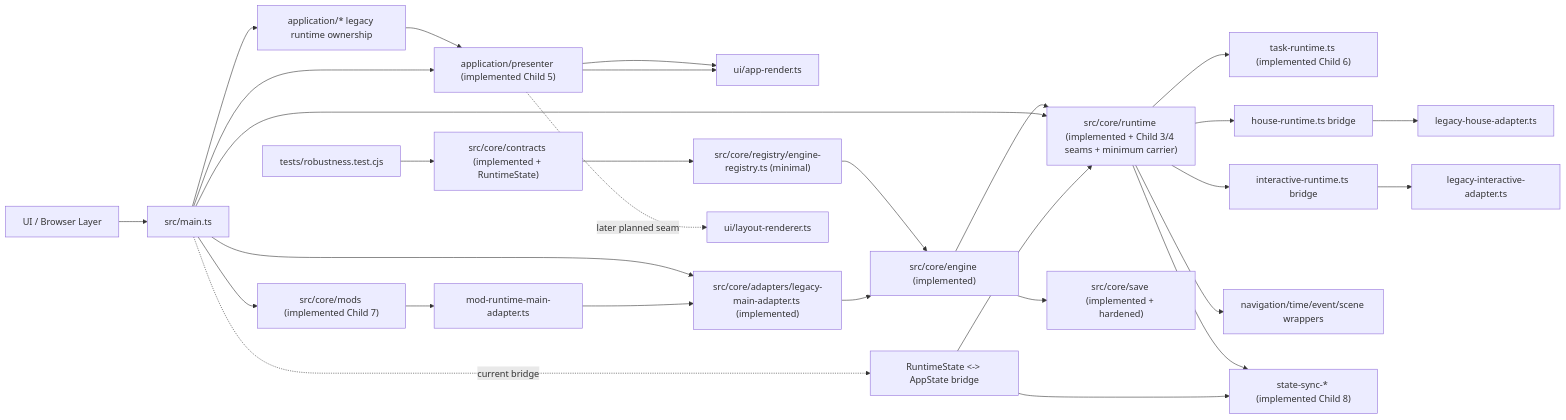
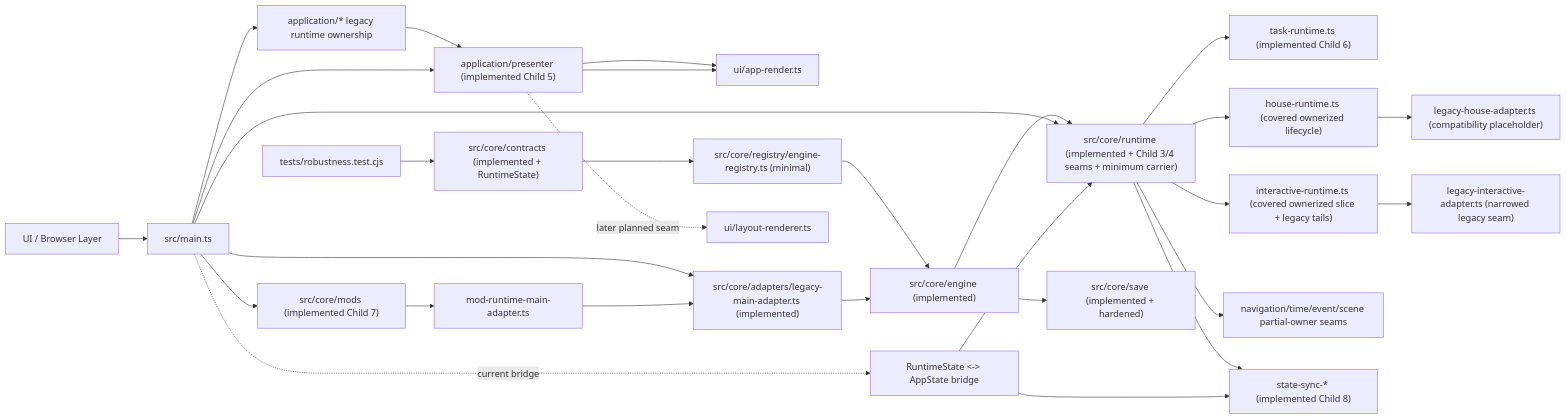
Before and after one commit to MA141277/RPG_TG: the first of 9 diagrams in docs/superpowers/weekly/2026-06-29-weekly-architecture-report.md, drawn with Mermaid. The commit also changed other lines of this file and 12 other files, not shown here.

````diff
--- a/docs/superpowers/weekly/2026-06-29-weekly-architecture-report.md
+++ b/docs/superpowers/weekly/2026-06-29-weekly-architecture-report.md
@@ -27,31 +53,31 @@
 ```mermaid
 flowchart LR
     UI["UI / Browser Layer"] --> MAIN["src/main.ts"]
     MAIN --> APP["application/* legacy runtime ownership"]
     APP --> PRESENTER["application/presenter (implemented Child 5)"]
     PRESENTER --> UIR["ui/app-render.ts"]
     MAIN -. current bridge .-> RSBRIDGE["RuntimeState <-> AppState bridge"]
     COREC["src/core/contracts (implemented + RuntimeState)"] --> CORER["src/core/registry/engine-registry.ts (minimal)"]
     CORER --> COREE["src/core/engine (implemented)"]
     COREE --> CORERT["src/core/runtime (implemented + Child 3/4 seams + minimum carrier)"]
     COREE --> CORES["src/core/save (implemented + hardened)"]
     MAIN --> ADAPTER["src/core/adapters/legacy-main-adapter.ts (implemented)"]
     ADAPTER --> COREE
     MAIN --> CORERT
     RSBRIDGE --> CORERT
     CORERT --> TASKRT["task-runtime.ts (implemented Child 6)"]
-    CORERT --> HOUCERT["house-runtime.ts bridge"]
-    CORERT --> INTRT["interactive-runtime.ts bridge"]
-    HOUCERT --> HOUSEAD["legacy-house-adapter.ts"]
-    INTRT --> INTAD["legacy-interactive-adapter.ts"]
-    CORERT --> NAVRT["navigation/time/event/scene wrappers"]
+    CORERT --> HOUCERT["house-runtime.ts (covered ownerized lifecycle)"]
+    CORERT --> INTRT["interactive-runtime.ts (covered ownerized slice + legacy tails)"]
+    HOUCERT --> HOUSEAD["legacy-house-adapter.ts (compatibility placeholder)"]
+    INTRT --> INTAD["legacy-interactive-adapter.ts (narrowed legacy seam)"]
+    CORERT --> NAVRT["navigation/time/event/scene partial-owner seams"]
     MAIN --> MODRT["src/core/mods (implemented Child 7)"]
     MODRT --> MODAD["mod-runtime-main-adapter.ts"]
     MODAD --> ADAPTER
     CORERT --> SSRT["state-sync-* (implemented Child 8)"]
     RSBRIDGE --> SSRT
     MAIN --> PRESENTER
     PRESENTER --> UIR
     PRESENTER -. later planned seam .-> UIL["ui/layout-renderer.ts"]
     TESTS["tests/robustness.test.cjs"] --> COREC
 ```
````
